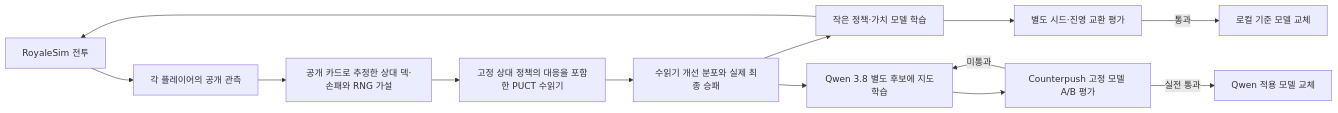
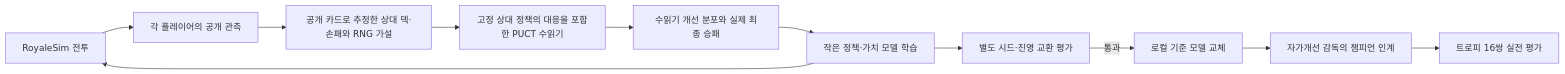
One commit to jingeon27/side-project changed the diagram in projects/clash-bot/docs/arena-learning.md. Above: the diagram before and after it, drawn with Mermaid. The commit also changed other lines of this file and 11 other files, not shown here.

Commit message:
docs(clash-bot): Counterpush·Qwen 제거와 자가개선 감독에 맞춰 문서와 계획을 정리한다

````diff
--- a/projects/clash-bot/docs/arena-learning.md
+++ b/projects/clash-bot/docs/arena-learning.md
@@ -7,15 +7,13 @@
 ```mermaid
 flowchart LR
   E[RoyaleSim 전투] --> P[각 플레이어의 공개 관측]
   P --> M[공개 카드로 추정한 상대 덱·손패와 RNG 가설]
   M --> S[고정 상대 정책의 대응을 포함한 PUCT 수읽기]
   S --> R[수읽기 개선 분포와 실제 최종 승패]
   R --> L[작은 정책·가치 모델 학습]
   L --> E
   L --> V[별도 시드·진영 교환 평가]
   V -->|통과| C[로컬 기준 모델 교체]
-  R --> Q[Qwen 3.8 별도 후보에 지도학습]
-  Q --> A[Counterpush 고정 모델 A/B 평가]
-  A -->|실전 통과| D[Qwen 적용 모델 교체]
-  A -->|미통과| Q
+  C --> H[자가개선 감독의 챔피언 인계]
+  H --> T[트로피 16쌍 실전 평가]
 ```
````
